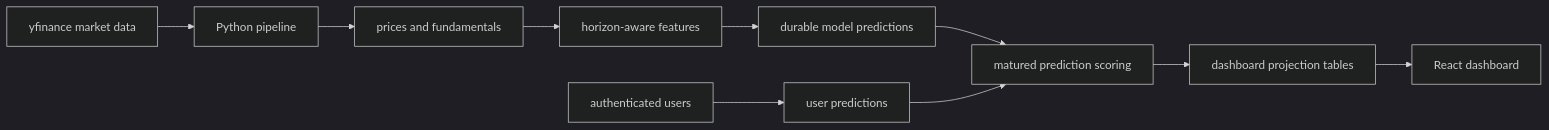
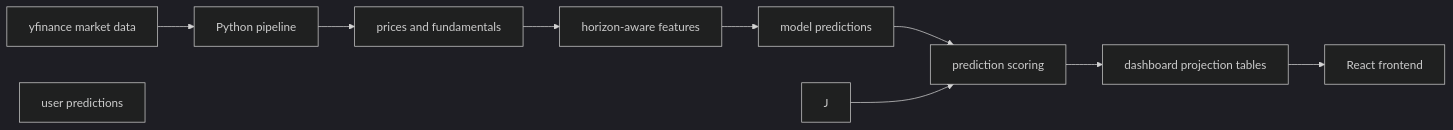
The diagram in README.md (DBordeleau/ticker-wars), drawn with Mermaid (dark theme) before and after one commit. The commit also changed other lines of this file, not shown here.

````diff
--- a/README.md
+++ b/README.md
@@ -40,12 +33,12 @@
 ```mermaid
 flowchart LR
     A["yfinance market data"] --> B["Python pipeline"]
     B --> C["prices and fundamentals"]
     C --> D["horizon-aware features"]
-    D --> E["durable model predictions"]
-    E --> F["matured prediction scoring"]
+    D --> E["model predictions"]
+    E --> F["prediction scoring"]
     F --> G["dashboard projection tables"]
-    G --> H["React dashboard"]
-    I["authenticated users"] --> J["user predictions"]
+    G --> H["React frontend"]
+    I["user predictions"]
     J --> F
 ```
````
